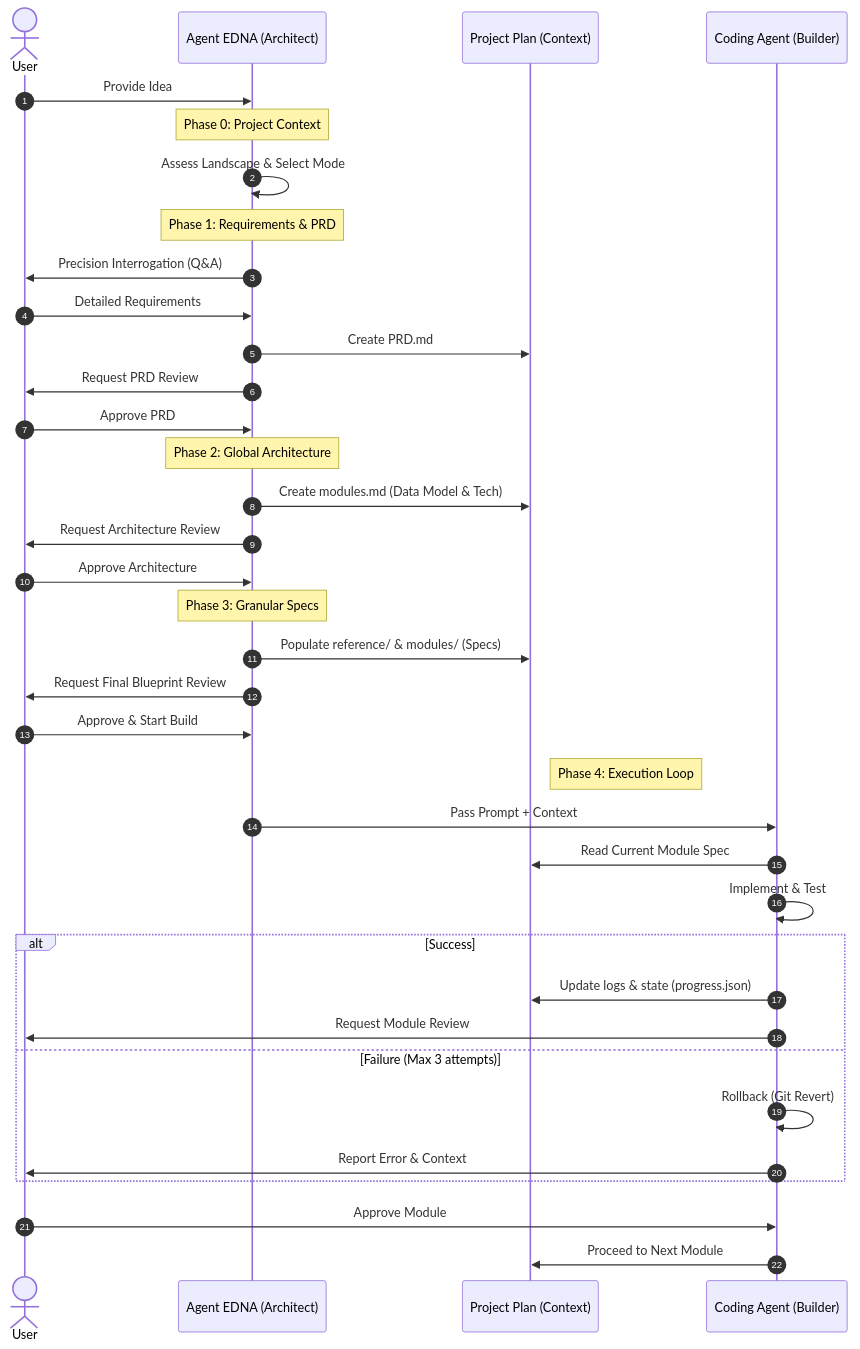
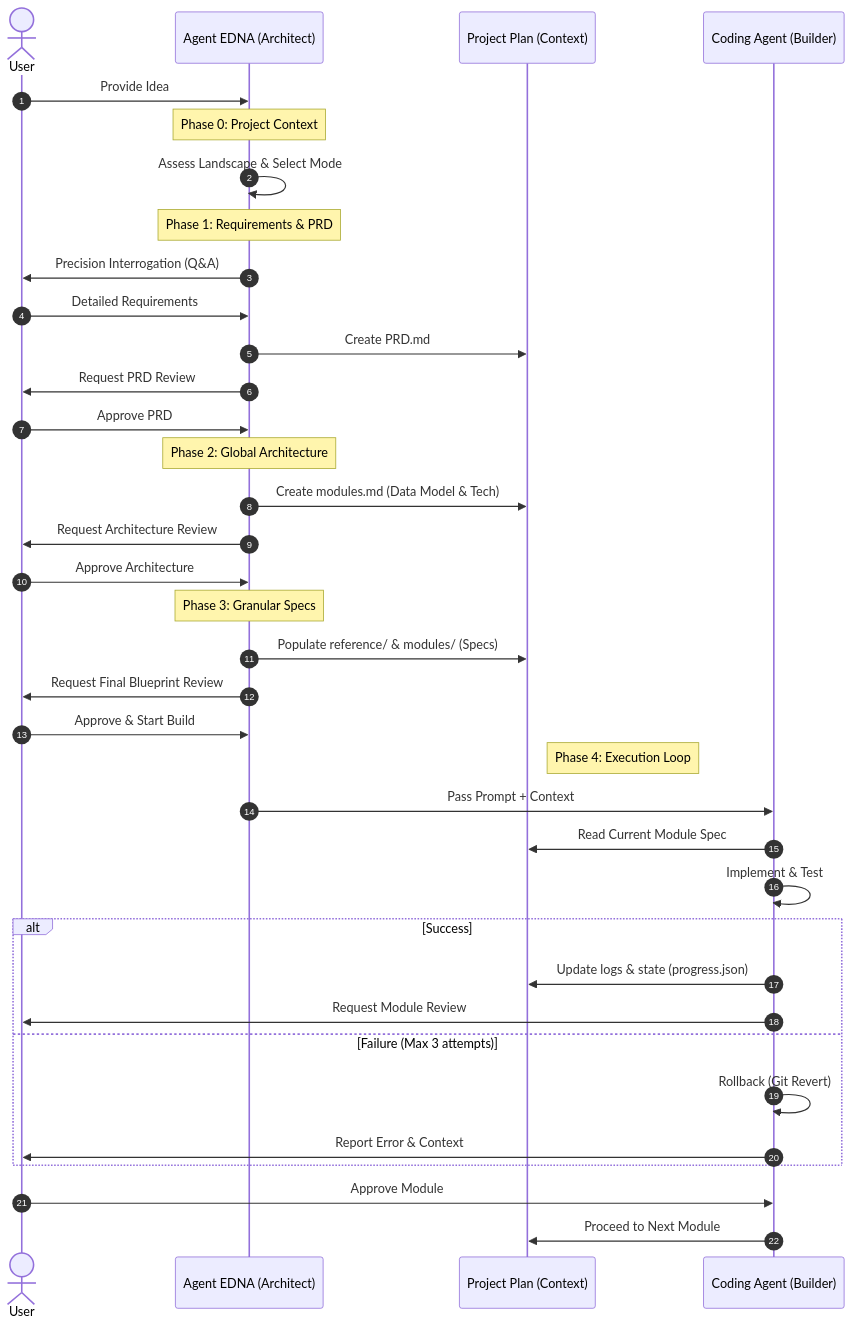
One commit to arinadi/EDNA changed the diagram in how_it_works.md. Above: the diagram before and after it, drawn with Mermaid.

Commit message:
docs: remove rect block from sequence diagram

````diff
--- a/how_it_works.md
+++ b/how_it_works.md
@@ -36,48 +36,46 @@
 ```mermaid
 sequenceDiagram
     autonumber
     actor User
     participant EDNA as Agent EDNA (Architect)
     participant Plan as Project Plan (Context)
     participant Coder as Coding Agent (Builder)
 
     User->>EDNA: Provide Idea
     
     Note over EDNA: Phase 0: Project Context
     EDNA->>EDNA: Assess Landscape & Select Mode
     
     Note over EDNA: Phase 1: Requirements & PRD
     EDNA->>User: Precision Interrogation (Q&A)
     User->>EDNA: Detailed Requirements
     EDNA->>Plan: Create PRD.md
     EDNA->>User: Request PRD Review
     User->>EDNA: Approve PRD
     
     Note over EDNA: Phase 2: Global Architecture
     EDNA->>Plan: Create modules.md (Data Model & Tech)
     EDNA->>User: Request Architecture Review
     User->>EDNA: Approve Architecture
     
     Note over EDNA: Phase 3: Granular Specs
     EDNA->>Plan: Populate reference/ & modules/ (Specs)
     
     EDNA->>User: Request Final Blueprint Review
     User->>EDNA: Approve & Start Build
     
-    rect rgb(255, 255, 255)
-        Note right of Plan: Phase 4: Execution Loop
-        EDNA->>Coder: Pass Prompt + Context
-        Coder->>Plan: Read Current Module Spec
-        Coder->>Coder: Implement & Test
-        alt Success
-            Coder->>Plan: Update logs & state (progress.json)
-            Coder->>User: Request Module Review
-        else Failure (Max 3 attempts)
-            Coder->>Coder: Rollback (Git Revert)
-            Coder->>User: Report Error & Context
-        end
+    Note right of Plan: Phase 4: Execution Loop
+    EDNA->>Coder: Pass Prompt + Context
+    Coder->>Plan: Read Current Module Spec
+    Coder->>Coder: Implement & Test
+    alt Success
+        Coder->>Plan: Update logs & state (progress.json)
+        Coder->>User: Request Module Review
+    else Failure (Max 3 attempts)
+        Coder->>Coder: Rollback (Git Revert)
+        Coder->>User: Report Error & Context
     end
     
     User->>Coder: Approve Module
     Coder->>Plan: Proceed to Next Module
 ```
````
